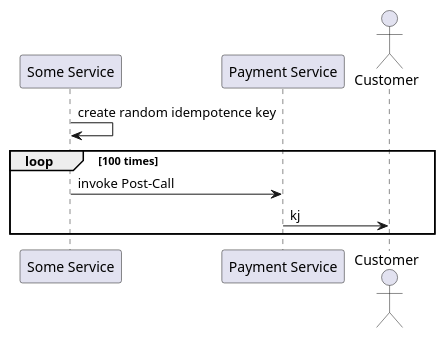
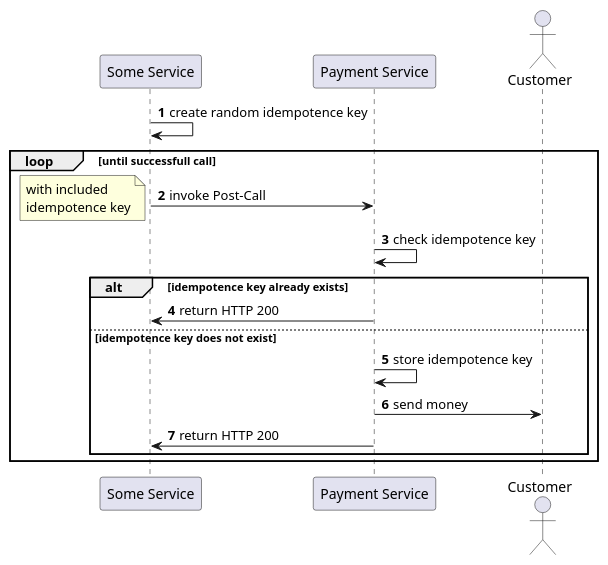
One commit to dancier/documentation changed the third of 3 diagrams in src/main/jbake/content/documentation/howto/distributed-systems/index.adoc. Above: the diagram before and after it, drawn with PlantUML. The commit also changed other lines of this file, not shown here.

```diff
--- a/src/main/jbake/content/documentation/howto/distributed-systems/index.adoc
+++ b/src/main/jbake/content/documentation/howto/distributed-systems/index.adoc
@@ -350,16 +350,31 @@
 [plantuml, idempotent-call-with-key, svg]
 ....
 @startuml
 
 participant "Some Service" as ss
 participant "Payment Service" as ps
 actor Customer
 
+autonumber
 ss -> ss: create random idempotence key
 
-loop 100 times
+loop until successfull call
 ss -> ps : invoke Post-Call
-ps -> Customer : kj
+note left
+with included
+idempotence key
+end note
+
+ps -> ps: check idempotence key
+
+alt idempotence key already exists
+ps -> ss: return HTTP 200
+else idempotence key does not exist
+ps -> ps : store idempotence key
+ps -> Customer: send money
+ps -> ss: return HTTP 200
+end
+
 end
 @enduml
 ....
```
